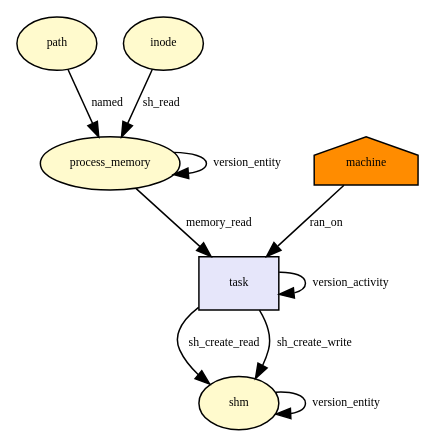
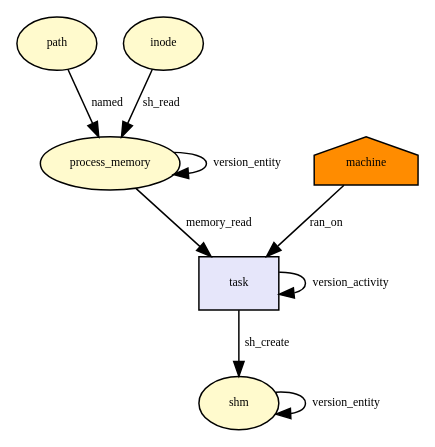
One commit to CamFlow/camflow-dev changed the diagram in docs/dot/shm_alloc_security.dot. Above: the diagram before and after it, drawn with Graphviz. The commit also changed 6 other files, not shown here.

Commit message:
RL_STR_SH_CREATE_READ, RL_STR_SH_CREATE_WRITE -> RL_STR_SH_CREATE

```diff
--- a/docs/dot/shm_alloc_security.dot
+++ b/docs/dot/shm_alloc_security.dot
@@ -1,31 +1,29 @@
 digraph RGL__DirectedAdjacencyGraph {path[fontsize = 8,label = path,shape = ellipse, fillcolor="#fffacd", style = filled]
 
 process_memory[fontsize = 8,label = process_memory,shape = ellipse, fillcolor="#fffacd", style = filled]
 
 path -> process_memory[fontsize = 8,label = named]
 
 machine[fontsize = 8,label = machine,shape = house, fillcolor="#ff8c00", style = filled]
 
 task[fontsize = 8,label = task,shape = rectangle, fillcolor="#e6e6fa", style = filled]
 
 machine -> task[fontsize = 8,label = ran_on]
 
 process_memory -> task[fontsize = 8,label = memory_read]
 
 shm[fontsize = 8,label = shm,shape = ellipse, fillcolor="#fffacd", style = filled]
 
-task -> shm[fontsize = 8,label = sh_create_read]
+task -> shm[fontsize = 8,label = sh_create]
 
 task -> task[fontsize = 8,label = version_activity]
 
 shm -> shm[fontsize = 8,label = version_entity]
 
 inode[fontsize = 8,label = inode,shape = ellipse, fillcolor="#fffacd", style = filled]
 
 inode -> process_memory[fontsize = 8,label = sh_read]
 
 process_memory -> process_memory[fontsize = 8,label = version_entity]
 
-task -> shm[fontsize = 8,label = sh_create_write]
-
 }
```
